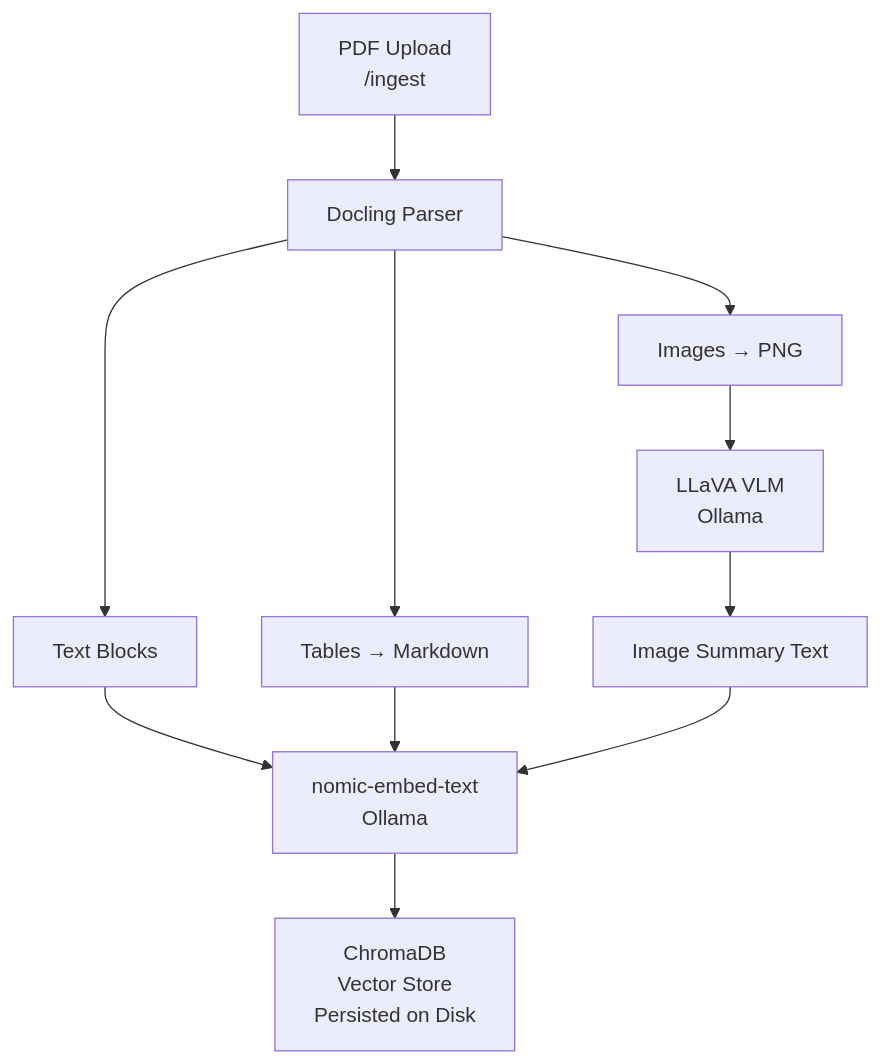
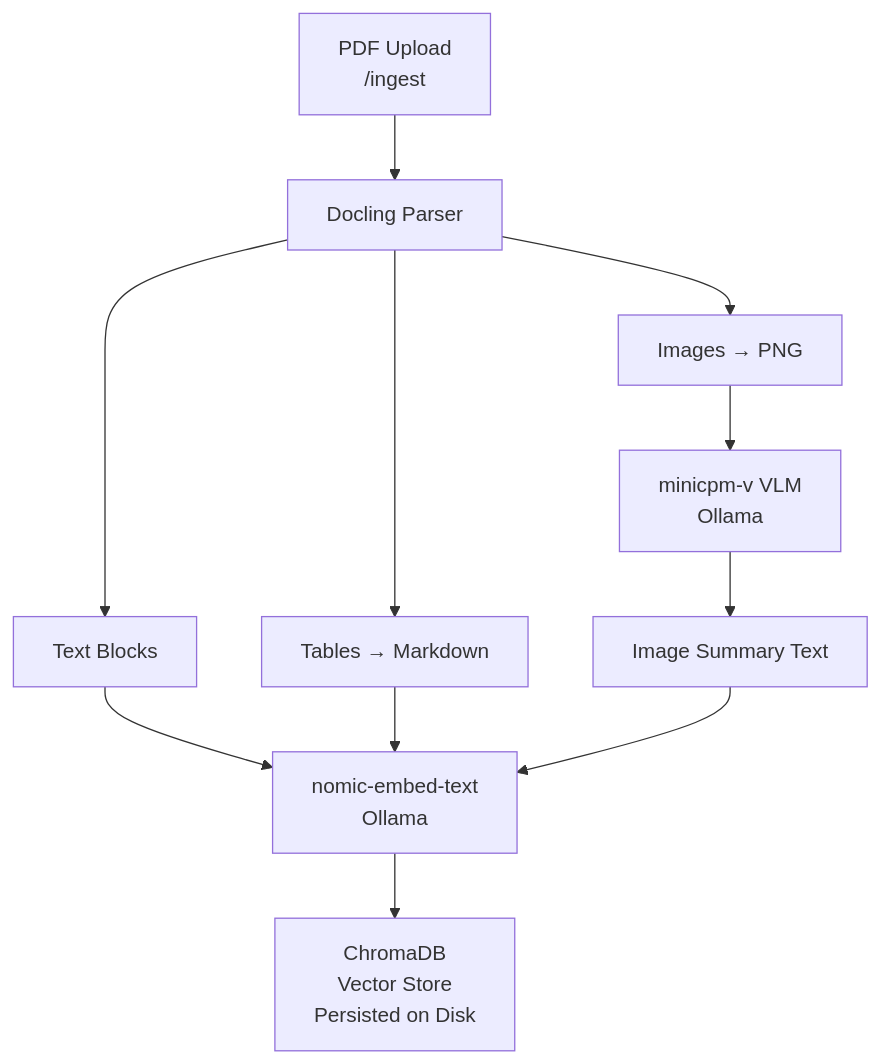
The first of 2 diagrams in README.md (Rajatpratap327/RAG_SYSTEM_CAE), drawn with Mermaid before and after one commit. The commit also changed other lines of this file, not shown here.

Commit message:
docs: update README with actual implementation details - minicpm-v, real chunk counts, Windows setup notes

````diff
--- a/README.md
+++ b/README.md
@@ -63,13 +63,13 @@
 ```mermaid
 flowchart TD
     A[PDF Upload\n/ingest] --> B[Docling Parser]
     B --> C1[Text Blocks]
     B --> C2[Tables → Markdown]
     B --> C3[Images → PNG]
-    C3 --> D[LLaVA VLM\nOllama]
+    C3 --> D[minicpm-v VLM\nOllama]
     D --> E[Image Summary Text]
     C1 --> F[nomic-embed-text\nOllama]
     C2 --> F
     E --> F
     F --> G[ChromaDB\nVector Store\nPersisted on Disk]
 ```
````
